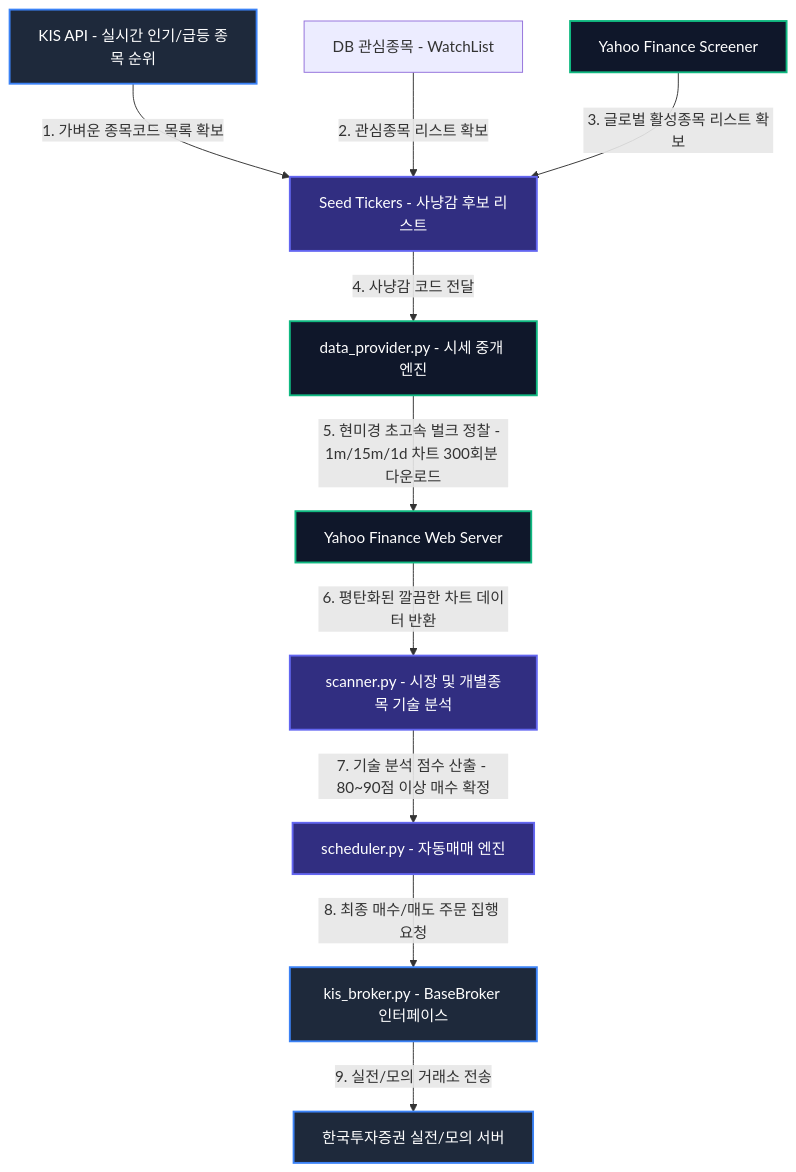
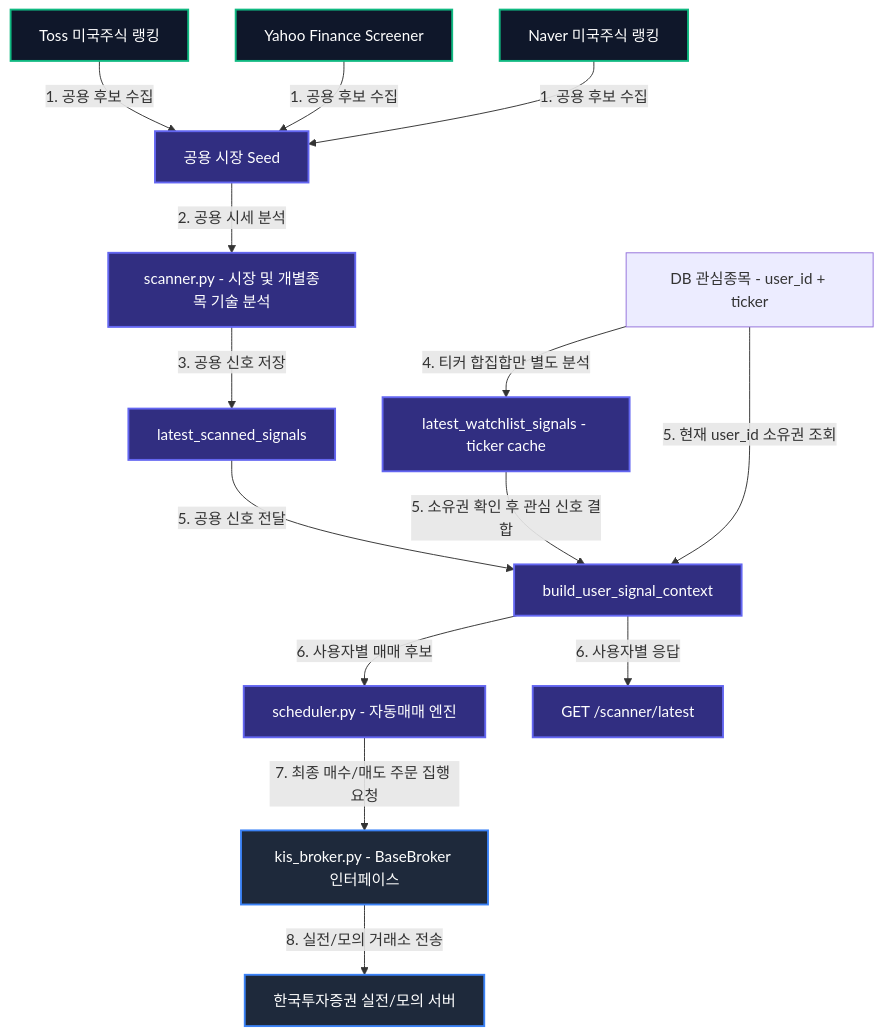
One commit to CarpediemBDev/stockAuto changed the third of 5 diagrams in docs/SYSTEM_MANUAL.md. Above: the diagram before and after it, drawn with Mermaid. The commit also changed other lines of this file and 21 other files, not shown here.

````diff
--- a/docs/SYSTEM_MANUAL.md
+++ b/docs/SYSTEM_MANUAL.md
@@ -433,51 +433,53 @@
 ```mermaid
 
 graph TD
 
     %% Styling Definitions
 
     classDef kis fill:#1E293B,stroke:#3B82F6,stroke-width:2px,color:#fff;
 
     classDef yf fill:#0F172A,stroke:#10B981,stroke-width:2px,color:#fff;
 
     classDef scan fill:#312E81,stroke:#6366F1,stroke-width:2px,color:#fff;
 
     classDef flow fill:#451A03,stroke:#F59E0B,stroke-width:2px,color:#fff;
 
 
 
-    KIS_Rank["KIS API - 실시간 인기/급등 종목 순위"] -->|1. 가벼운 종목코드 목록 확보| Seed["Seed Tickers - 사냥감 후보 리스트"]
+    Toss["Toss 미국주식 랭킹"] -->|1. 공용 후보 수집| PublicSeed["공용 시장 Seed"]
 
-    DB_Watch["DB 관심종목 - WatchList"] -->|2. 관심종목 리스트 확보| Seed
+    YF_Active["Yahoo Finance Screener"] -->|1. 공용 후보 수집| PublicSeed
 
-    YF_Active["Yahoo Finance Screener"] -->|3. 글로벌 활성종목 리스트 확보| Seed
+    Naver["Naver 미국주식 랭킹"] -->|1. 공용 후보 수집| PublicSeed
 
+    PublicSeed -->|2. 공용 시세 분석| Scanner["scanner.py - 시장 및 개별종목 기술 분석"]
 
+    Scanner -->|3. 공용 신호 저장| MarketCache["latest_scanned_signals"]
 
-    Seed -->|4. 사냥감 코드 전달| DataProvider["data_provider.py - 시세 중개 엔진"]
+    DB_Watch["DB 관심종목 - user_id + ticker"] -->|4. 티커 합집합만 별도 분석| WatchCache["latest_watchlist_signals - ticker cache"]
 
-    DataProvider -->|5. 현미경 초고속 벌크 정찰 - 1m/15m/1d 차트 300회분 다운로드| YF_Server["Yahoo Finance Web Server"]
+    DB_Watch -->|5. 현재 user_id 소유권 조회| UserContext["build_user_signal_context"]
 
-    
+    MarketCache -->|5. 공용 신호 전달| UserContext
 
-    YF_Server -->|6. 평탄화된 깔끔한 차트 데이터 반환| Scanner["scanner.py - 시장 및 개별종목 기술 분석"]
+    WatchCache -->|5. 소유권 확인 후 관심 신호 결합| UserContext
 
-    Scanner -->|7. 기술 분석 점수 산출 - 80~90점 이상 매수 확정| Scheduler["scheduler.py - 자동매매 엔진"]
+    UserContext -->|6. 사용자별 매매 후보| Scheduler["scheduler.py - 자동매매 엔진"]
 
-    
+    UserContext -->|6. 사용자별 응답| ScannerAPI["GET /scanner/latest"]
 
-    Scheduler -->|8. 최종 매수/매도 주문 집행 요청| KIS_Broker["kis_broker.py - BaseBroker 인터페이스"]
+    Scheduler -->|7. 최종 매수/매도 주문 집행 요청| KIS_Broker["kis_broker.py - BaseBroker 인터페이스"]
 
-    KIS_Broker -->|9. 실전/모의 거래소 전송| KIS_Server["한국투자증권 실전/모의 서버"]
+    KIS_Broker -->|8. 실전/모의 거래소 전송| KIS_Server["한국투자증권 실전/모의 서버"]
 
 
 
     %% Class Assigns
 
-    class KIS_Rank,KIS_Broker,KIS_Server kis;
+    class KIS_Broker,KIS_Server kis;
 
-    class YF_Active,DataProvider,YF_Server yf;
+    class Toss,YF_Active,Naver yf;
 
-    class Seed,Scanner,Scheduler scan;
+    class PublicSeed,Scanner,MarketCache,WatchCache,UserContext,ScannerAPI,Scheduler scan;
 
 ```
````
